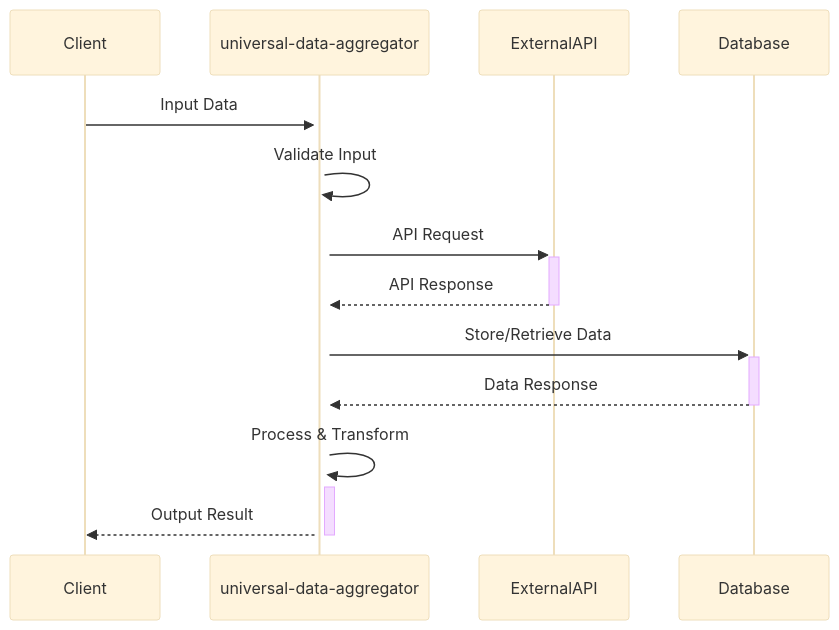
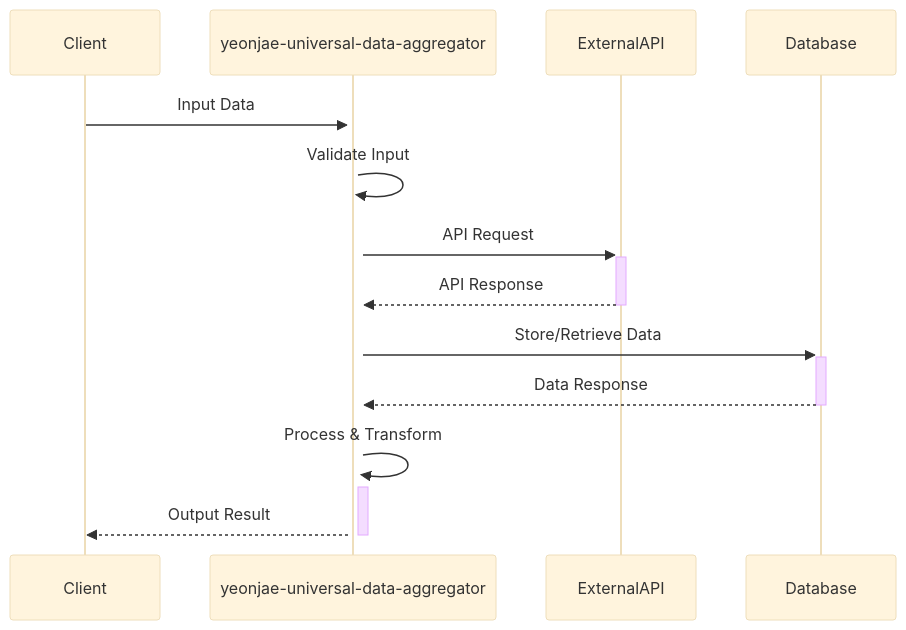
The third of 4 diagrams in packages/yeonjae-universal-data-aggregator/docs/technical-specification.md (yeonjae-work/universal-modules), drawn with Mermaid (base theme) before and after one commit. The commit also changed other lines of this file and 11 other files, not shown here.

````diff
--- a/packages/yeonjae-universal-data-aggregator/docs/technical-specification.md
+++ b/packages/yeonjae-universal-data-aggregator/docs/technical-specification.md
@@ -151,16 +151,16 @@
 ```mermaid
 sequenceDiagram
     participant Client
-    participant universal-data-aggregator
+    participant yeonjae-universal-data-aggregator
     participant ExternalAPI
     participant Database
     
-    Client->>+universal-data-aggregator: Input Data
-    universal-data-aggregator->>+universal-data-aggregator: Validate Input
-    universal-data-aggregator->>+ExternalAPI: API Request
-    ExternalAPI-->>-universal-data-aggregator: API Response
-    universal-data-aggregator->>+Database: Store/Retrieve Data
-    Database-->>-universal-data-aggregator: Data Response
-    universal-data-aggregator->>+universal-data-aggregator: Process & Transform
-    universal-data-aggregator-->>-Client: Output Result
+    Client->>+yeonjae-universal-data-aggregator: Input Data
+    yeonjae-universal-data-aggregator->>+yeonjae-universal-data-aggregator: Validate Input
+    yeonjae-universal-data-aggregator->>+ExternalAPI: API Request
+    ExternalAPI-->>-yeonjae-universal-data-aggregator: API Response
+    yeonjae-universal-data-aggregator->>+Database: Store/Retrieve Data
+    Database-->>-yeonjae-universal-data-aggregator: Data Response
+    yeonjae-universal-data-aggregator->>+yeonjae-universal-data-aggregator: Process & Transform
+    yeonjae-universal-data-aggregator-->>-Client: Output Result
 ```
````
